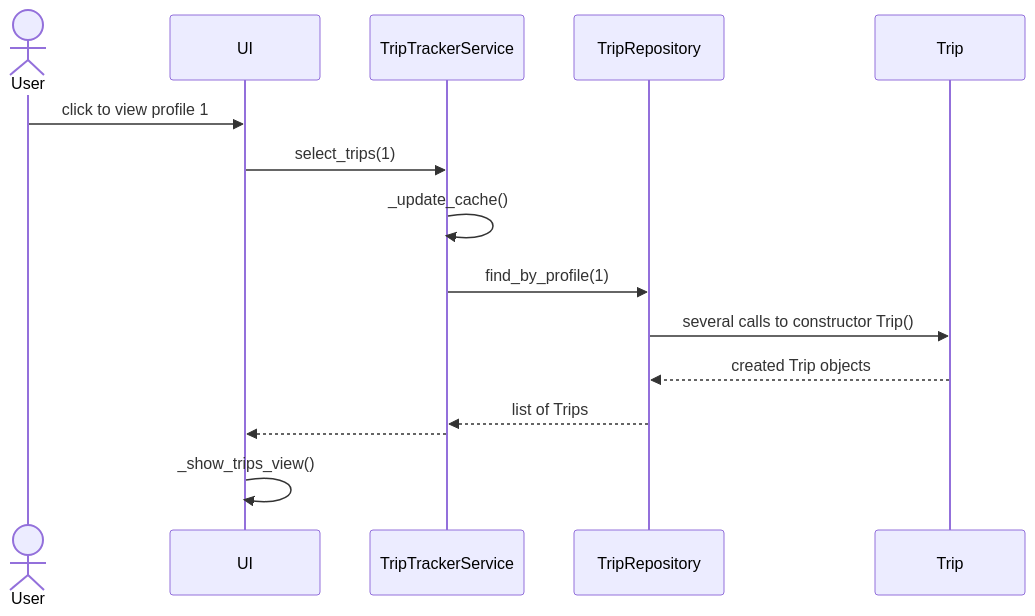
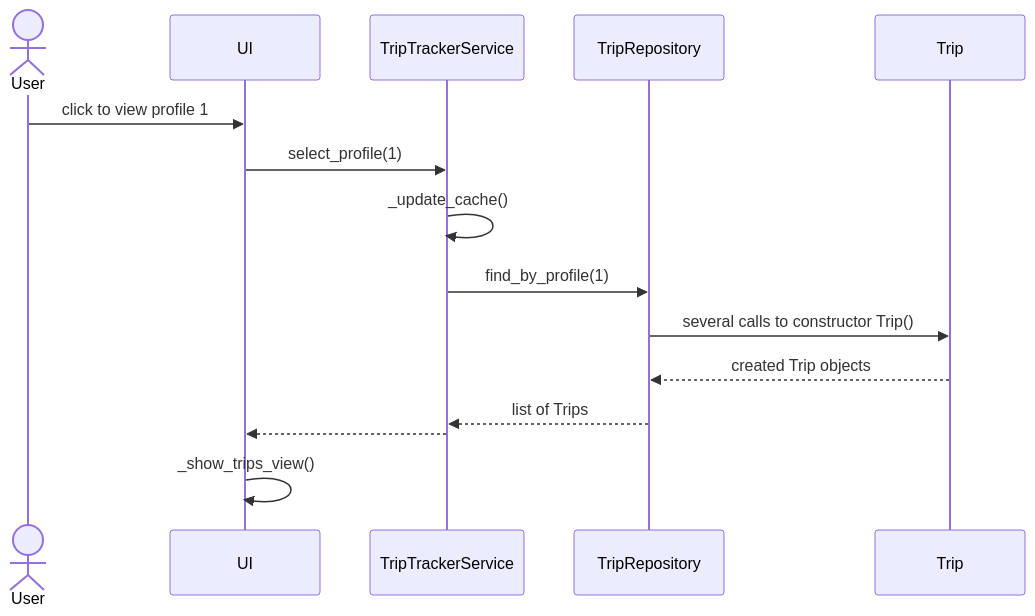
The second of 2 diagrams in dokumentaatio/arkkitehtuuri.md (ArcticCoder/trip-tracker), drawn with Mermaid before and after one commit. The commit also changed 4 other files, not shown here.

````diff
--- a/dokumentaatio/arkkitehtuuri.md
+++ b/dokumentaatio/arkkitehtuuri.md
@@ -36,15 +36,15 @@
 ```mermaid
  sequenceDiagram
  
  actor User
  User ->> UI : click to view profile 1
  
- UI ->> TripTrackerService : select_trips(1)
+ UI ->> TripTrackerService : select_profile(1)
  TripTrackerService ->> TripTrackerService : _update_cache()
  TripTrackerService ->> TripRepository : find_by_profile(1)
  TripRepository ->> Trip : several calls to constructor Trip()
  Trip -->> TripRepository : created Trip objects
  TripRepository -->> TripTrackerService : list of Trips
  TripTrackerService -->> UI : 
  UI ->> UI : _show_trips_view()
 ```
````
